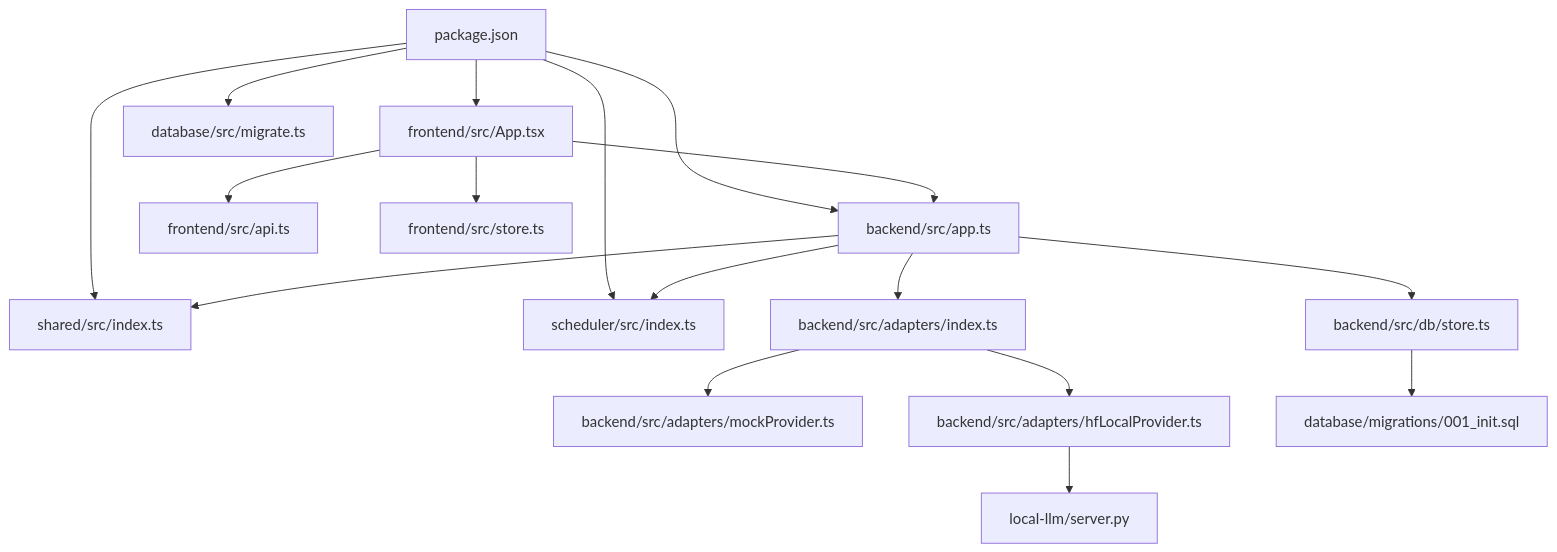
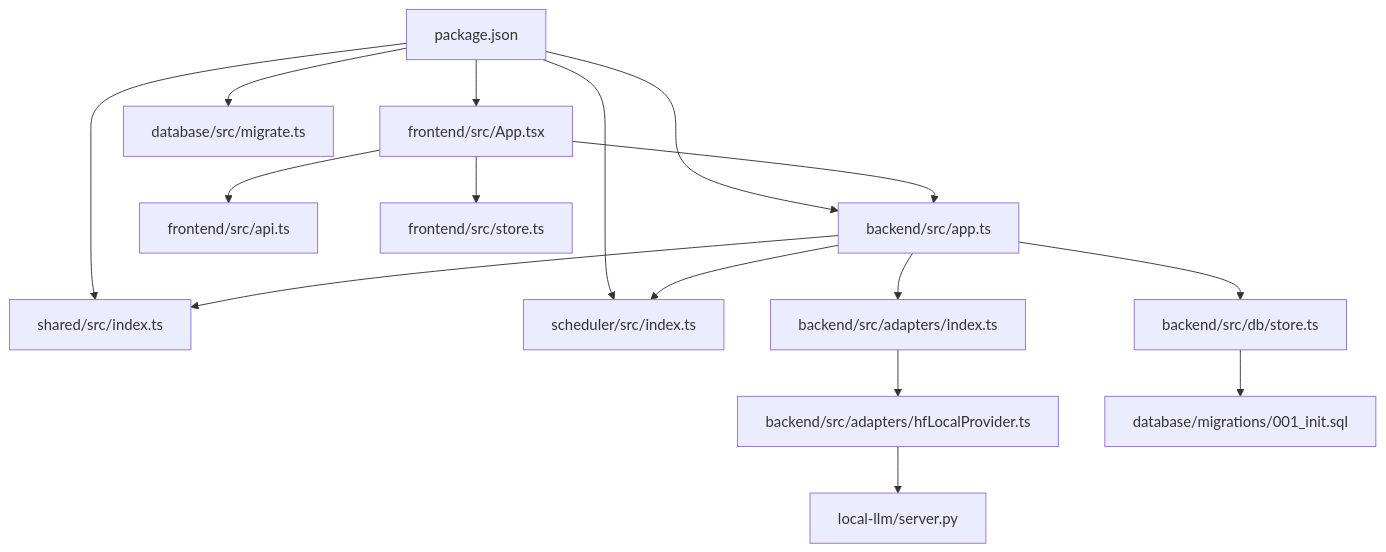
One commit to js4484821266/turinglet changed the sixth of 6 diagrams in ABSORB.md. Above: the diagram before and after it, drawn with Mermaid. The commit also changed other lines of this file and 16 other files, not shown here.

First line of the commit message:
Refactor HuggingFaceLocalProvider: Remove MockProvider dependency and improve error handling

````diff
--- a/ABSORB.md
+++ b/ABSORB.md
@@ -242,19 +242,18 @@
 ```mermaid
 graph TD
     Root[package.json] --> Shared[shared/src/index.ts]
     Root --> Backend[backend/src/app.ts]
     Root --> Frontend[frontend/src/App.tsx]
     Root --> Database[database/src/migrate.ts]
     Root --> Scheduler[scheduler/src/index.ts]
     Backend --> Shared
     Backend --> Scheduler
     Backend --> Store[backend/src/db/store.ts]
     Backend --> ProviderIndex[backend/src/adapters/index.ts]
-    ProviderIndex --> Mock[backend/src/adapters/mockProvider.ts]
     ProviderIndex --> HF[backend/src/adapters/hfLocalProvider.ts]
     HF --> LocalLLM[local-llm/server.py]
     Store --> Migration[database/migrations/001_init.sql]
     Frontend --> Api[frontend/src/api.ts]
     Frontend --> Zustand[frontend/src/store.ts]
     Frontend --> Backend
 ```
````
